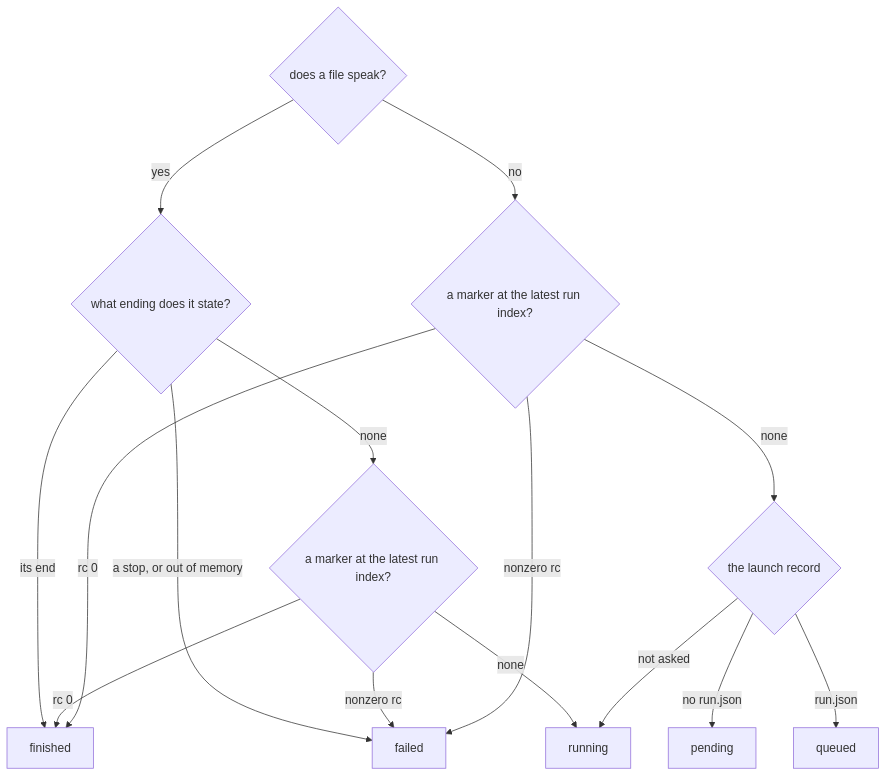
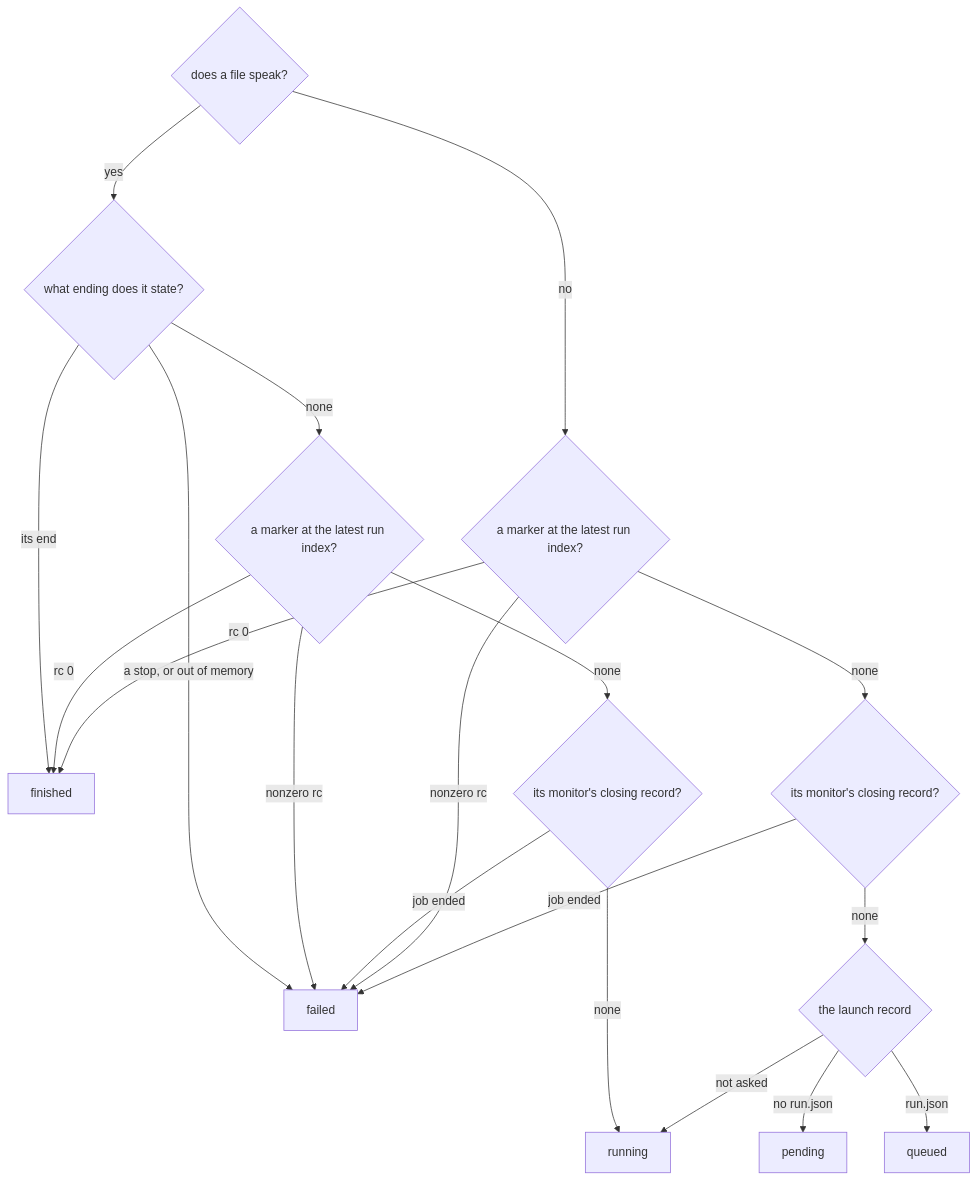
The third of 6 diagrams in docs/execution/running-a-job.md (Qing-LAB/molbuilder), drawn with Mermaid before and after one commit. The commit also changed other lines of this file and 61 other files, not shown here.

````diff
--- a/docs/execution/running-a-job.md
+++ b/docs/execution/running-a-job.md
@@ -611,17 +611,21 @@
 ```mermaid
 flowchart TD
     S{"does a file speak?"} -->|"yes"| E{"what ending does it state?"}
     E -->|"its end"| FIN["finished"]
     E -->|"a stop, or out of memory"| FAIL["failed"]
     E -->|"none"| M1{"a marker at the latest run index?"}
     M1 -->|"rc 0"| FIN
     M1 -->|"nonzero rc"| FAIL
-    M1 -->|"none"| RUN["running"]
+    M1 -->|"none"| G1{"its monitor's closing record?"}
+    G1 -->|"job ended"| FAIL
+    G1 -->|"none"| RUN["running"]
     S -->|"no"| M2{"a marker at the latest run index?"}
     M2 -->|"rc 0"| FIN
     M2 -->|"nonzero rc"| FAIL
-    M2 -->|"none"| L{"the launch record"}
+    M2 -->|"none"| G2{"its monitor's closing record?"}
+    G2 -->|"job ended"| FAIL
+    G2 -->|"none"| L{"the launch record"}
     L -->|"no run.json"| PEN["pending"]
     L -->|"run.json"| Q["queued"]
     L -->|"not asked"| RUN
 ```
````
